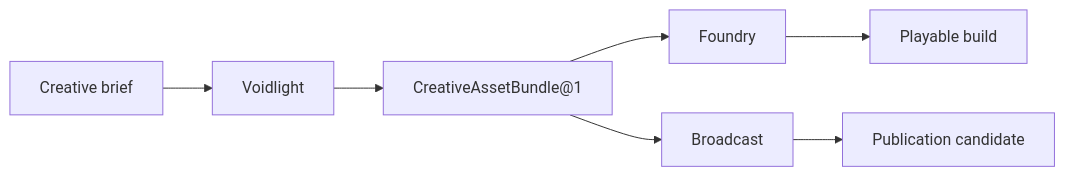
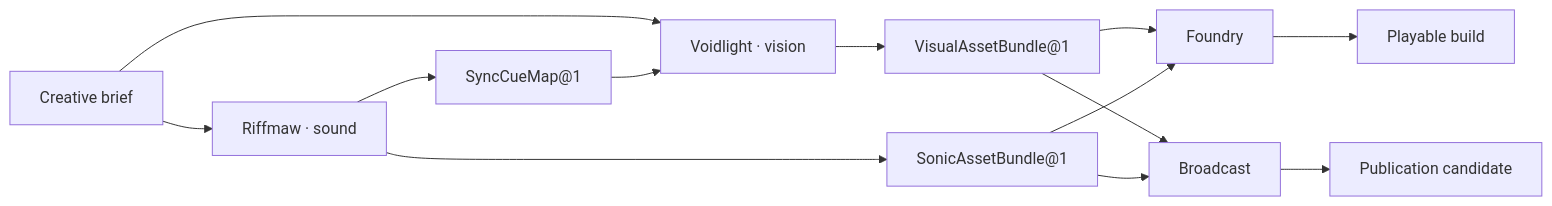
One commit to hexanomicon/lychd changed the diagram in docs/compositions/index.md. Above: the diagram before and after it, drawn with Mermaid. The commit also changed other lines of this file and 14 other files, not shown here.

First line of the commit message:
docs: separate visual and sonic Composition ownership

````diff
--- a/docs/compositions/index.md
+++ b/docs/compositions/index.md
@@ -87,9 +89,15 @@
 ```mermaid
 flowchart LR
-    B["Creative brief"] --> V["Voidlight"]
-    V --> A["CreativeAssetBundle@1"]
+    B["Creative brief"] --> V["Voidlight · vision"]
+    B --> R["Riffmaw · sound"]
+    R --> S["SonicAssetBundle@1"]
+    R --> C["SyncCueMap@1"]
+    C --> V
+    V --> A["VisualAssetBundle@1"]
     A --> G["Foundry"]
+    S --> G
     A --> P["Broadcast"]
+    S --> P
     G --> GB["Playable build"]
     P --> PC["Publication candidate"]
 ```
````
